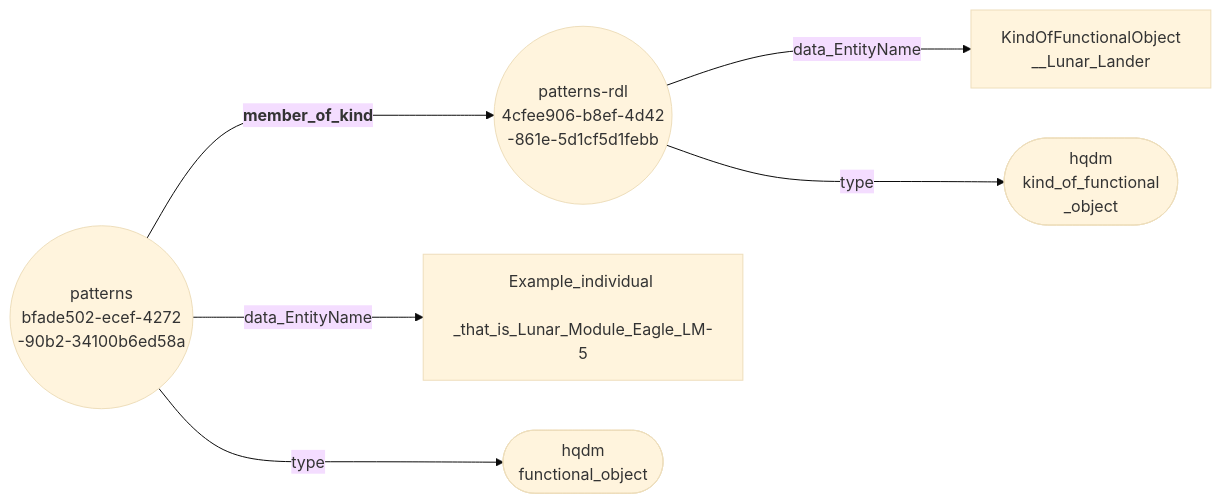
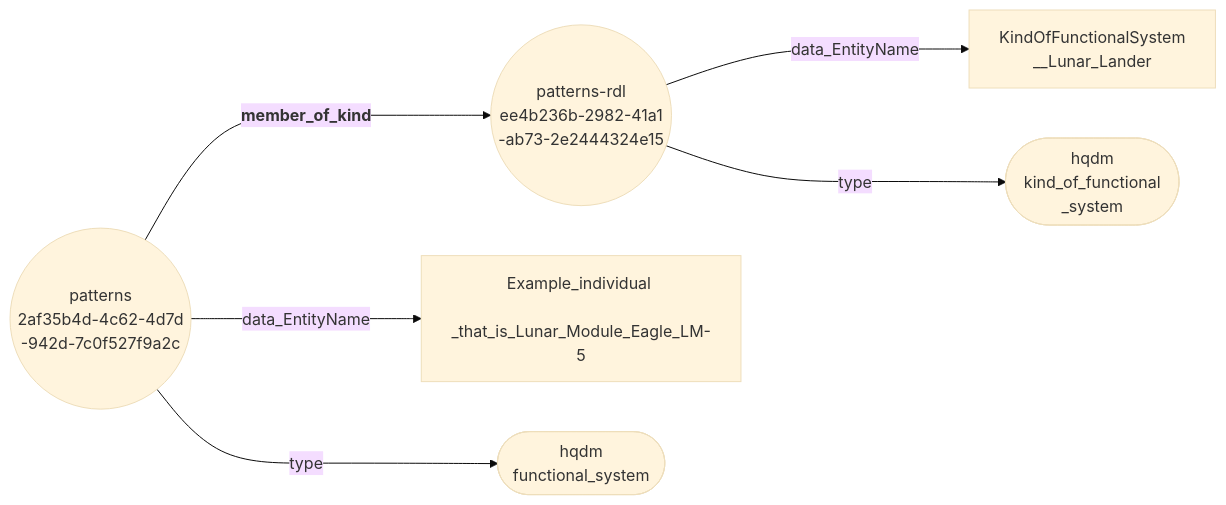
The diagram in docs/extras/example-files/member_of_kindNodeEdgeGraph.mermaid (ClimbingAl/HqdmPatterns), drawn with Mermaid (base theme) before and after one commit. The commit also changed 56 other files, not shown here.

Commit message:
System additions prior to adding stviewer-generated spacetime charts.

````diff
--- a/docs/extras/example-files/member_of_kindNodeEdgeGraph.mermaid
+++ b/docs/extras/example-files/member_of_kindNodeEdgeGraph.mermaid
@@ -1,8 +1,8 @@
 ``` mermaid
 graph LR
-  bfade502-ecef-4272-90b2-34100b6ed58a(("patterns <br> bfade502-ecef-4272 <br> -90b2-34100b6ed58a"))--->|"<b> member_of_kind"|4cfee906-b8ef-4d42-861e-5d1cf5d1febb(("patterns-rdl <br> 4cfee906-b8ef-4d42 <br> -861e-5d1cf5d1febb"));
-  bfade502-ecef-4272-90b2-34100b6ed58a(("patterns <br> bfade502-ecef-4272 <br> -90b2-34100b6ed58a"))--->|"data_EntityName"|Example_individual_that_is_Lunar_Module_Eagle_LM-5["Example_individual <br> _that_is_Lunar_Module_Eagle_LM-5"];
-  bfade502-ecef-4272-90b2-34100b6ed58a(("patterns <br> bfade502-ecef-4272 <br> -90b2-34100b6ed58a"))--->|"type"|functional_object(["hqdm <br> functional_object"]);
-  4cfee906-b8ef-4d42-861e-5d1cf5d1febb(("patterns-rdl <br> 4cfee906-b8ef-4d42 <br> -861e-5d1cf5d1febb"))--->|"data_EntityName"|KindOfFunctionalObject__Lunar_Lander["KindOfFunctionalObject <br> __Lunar_Lander"];
-  4cfee906-b8ef-4d42-861e-5d1cf5d1febb(("patterns-rdl <br> 4cfee906-b8ef-4d42 <br> -861e-5d1cf5d1febb"))--->|"type"|kind_of_functional_object(["hqdm <br> kind_of_functional <br> _object"]);
+  2af35b4d-4c62-4d7d-942d-7c0f527f9a2c(("patterns <br> 2af35b4d-4c62-4d7d <br> -942d-7c0f527f9a2c"))--->|"<b> member_of_kind"|ee4b236b-2982-41a1-ab73-2e2444324e15(("patterns-rdl <br> ee4b236b-2982-41a1 <br> -ab73-2e2444324e15"));
+  2af35b4d-4c62-4d7d-942d-7c0f527f9a2c(("patterns <br> 2af35b4d-4c62-4d7d <br> -942d-7c0f527f9a2c"))--->|"data_EntityName"|Example_individual_that_is_Lunar_Module_Eagle_LM-5["Example_individual <br> _that_is_Lunar_Module_Eagle_LM-5"];
+  2af35b4d-4c62-4d7d-942d-7c0f527f9a2c(("patterns <br> 2af35b4d-4c62-4d7d <br> -942d-7c0f527f9a2c"))--->|"type"|functional_system(["hqdm <br> functional_system"]);
+  ee4b236b-2982-41a1-ab73-2e2444324e15(("patterns-rdl <br> ee4b236b-2982-41a1 <br> -ab73-2e2444324e15"))--->|"data_EntityName"|KindOfFunctionalSystem__Lunar_Lander["KindOfFunctionalSystem <br> __Lunar_Lander"];
+  ee4b236b-2982-41a1-ab73-2e2444324e15(("patterns-rdl <br> ee4b236b-2982-41a1 <br> -ab73-2e2444324e15"))--->|"type"|kind_of_functional_system(["hqdm <br> kind_of_functional <br> _system"]);
 ```
````
